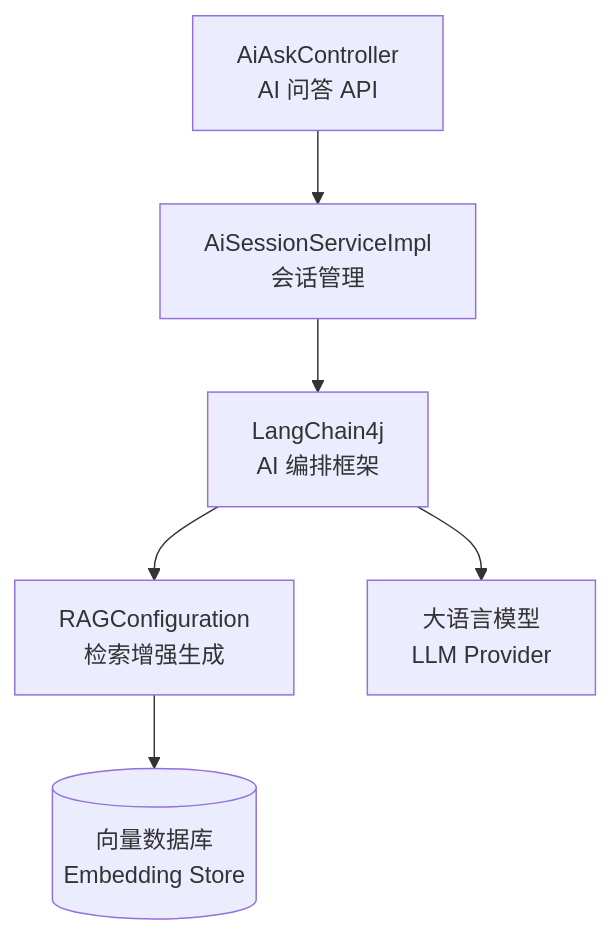
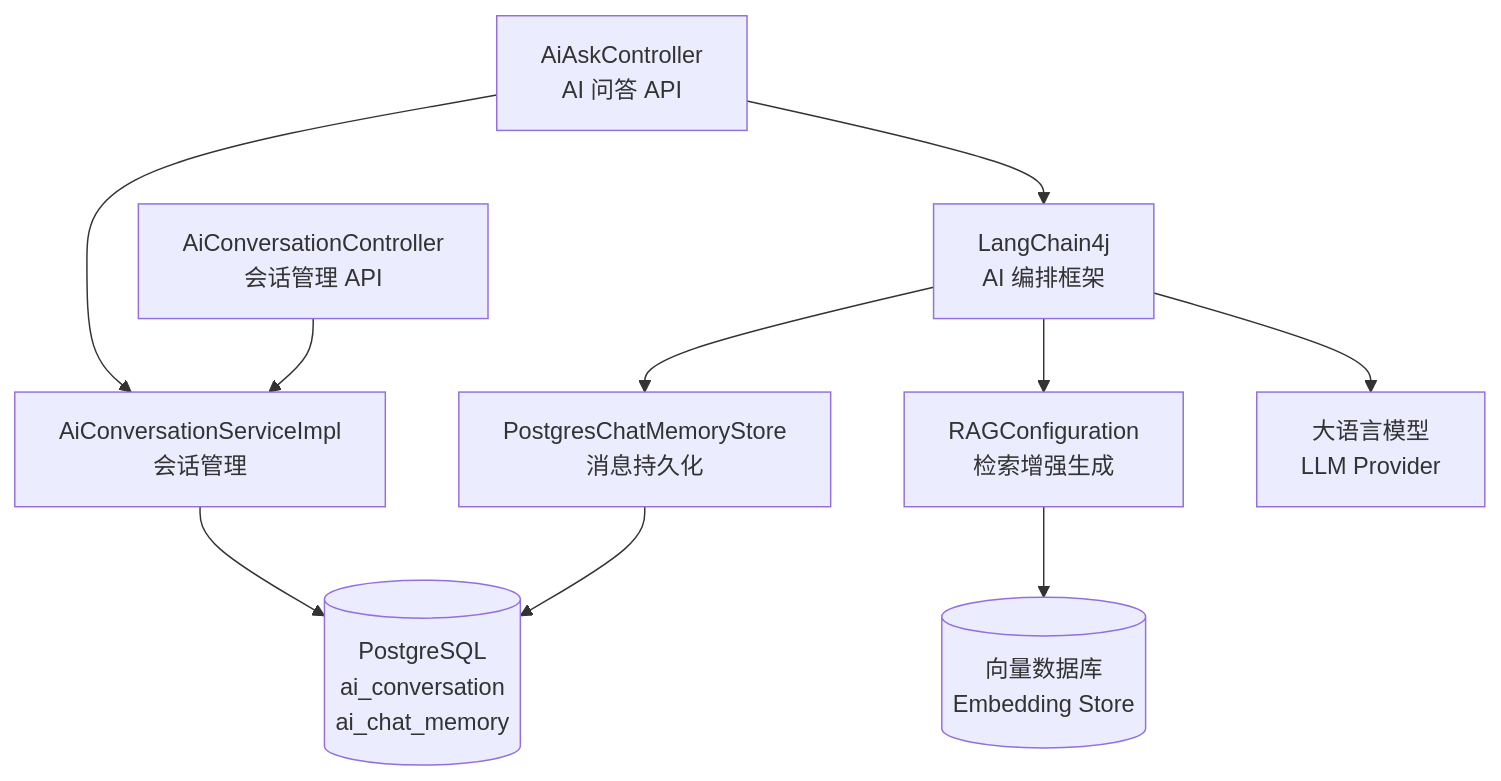
One commit to yangxj96/spectra-docs changed the diagram in docs/10-后端/70-AI模块.md. Above: the diagram before and after it, drawn with Mermaid. The commit also changed other lines of this file and 1 other file, not shown here.

````diff
--- a/docs/10-后端/70-AI模块.md
+++ b/docs/10-后端/70-AI模块.md
@@ -13,15 +13,22 @@
 ```mermaid
 graph TB
     AC["AiAskController<br/>AI 问答 API"]
-    AS["AiSessionServiceImpl<br/>会话管理"]
+    CC["AiConversationController<br/>会话管理 API"]
+    CS["AiConversationServiceImpl<br/>会话管理"]
     LANG["LangChain4j<br/>AI 编排框架"]
+    CMS["PostgresChatMemoryStore<br/>消息持久化"]
     RAG["RAGConfiguration<br/>检索增强生成"]
     LLM["大语言模型<br/>LLM Provider"]
     VS[("向量数据库<br/>Embedding Store")]
+    PG[("PostgreSQL<br/>ai_conversation<br/>ai_chat_memory")]
 
-    AC --> AS
-    AS --> LANG
+    AC --> CS
+    AC --> LANG
+    CC --> CS
+    CS --> PG
+    LANG --> CMS
+    CMS --> PG
     LANG --> RAG
     LANG --> LLM
     RAG --> VS
 ```
````
